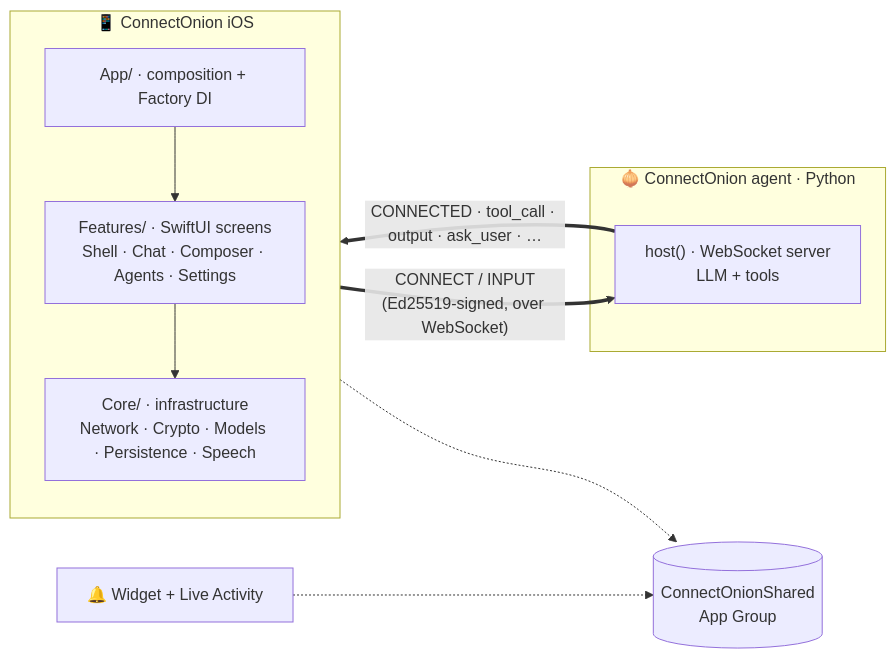
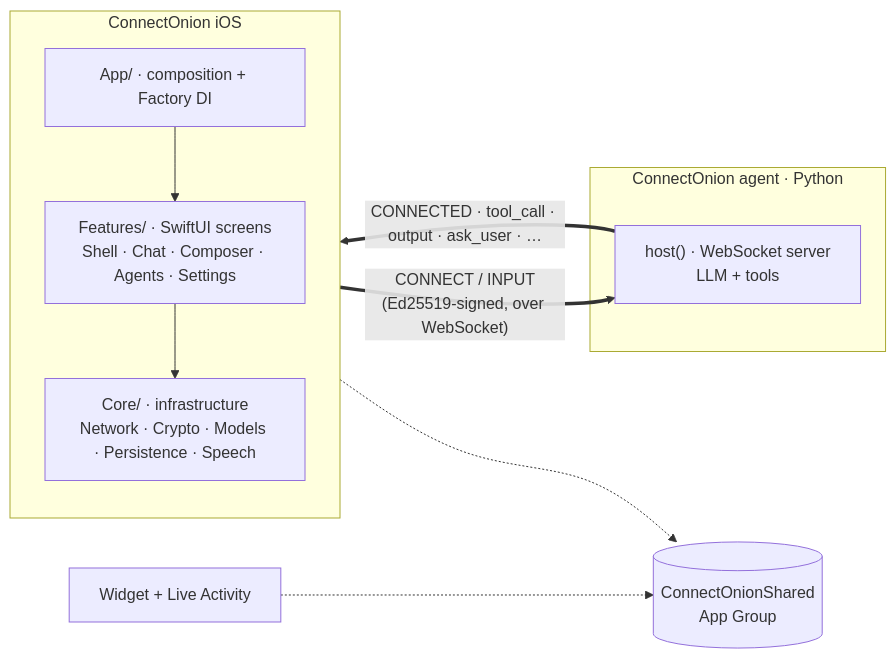
The diagram in README.md (EvanYifanYang/connectonion-ios), drawn with Mermaid before and after one commit. The commit also changed other lines of this file and 1 other file, not shown here.

First line of the commit message:
docs: polish README header — centered logo + title, tech-stack badges, plain-text architecture

````diff
--- a/README.md
+++ b/README.md
@@ -14,22 +20,22 @@
 ```mermaid
 flowchart LR
-    subgraph app["📱 ConnectOnion iOS"]
+    subgraph app["ConnectOnion iOS"]
         direction TB
         A["App/ · composition + Factory DI"]
         F["Features/ · SwiftUI screens<br/>Shell · Chat · Composer · Agents · Settings"]
         C["Core/ · infrastructure<br/>Network · Crypto · Models · Persistence · Speech"]
         A --> F --> C
     end
 
-    subgraph agent["🧅 ConnectOnion agent · Python"]
+    subgraph agent["ConnectOnion agent · Python"]
         H["host() · WebSocket server<br/>LLM + tools"]
     end
 
     C ==>|"CONNECT / INPUT<br/>(Ed25519-signed, over WebSocket)"| H
     H ==>|"CONNECTED · tool_call · output · ask_user · …"| C
 
-    W["🔔 Widget + Live Activity"]
+    W["Widget + Live Activity"]
     S[("ConnectOnionShared<br/>App Group")]
     app -.-> S
     W -.-> S
 ```
````
